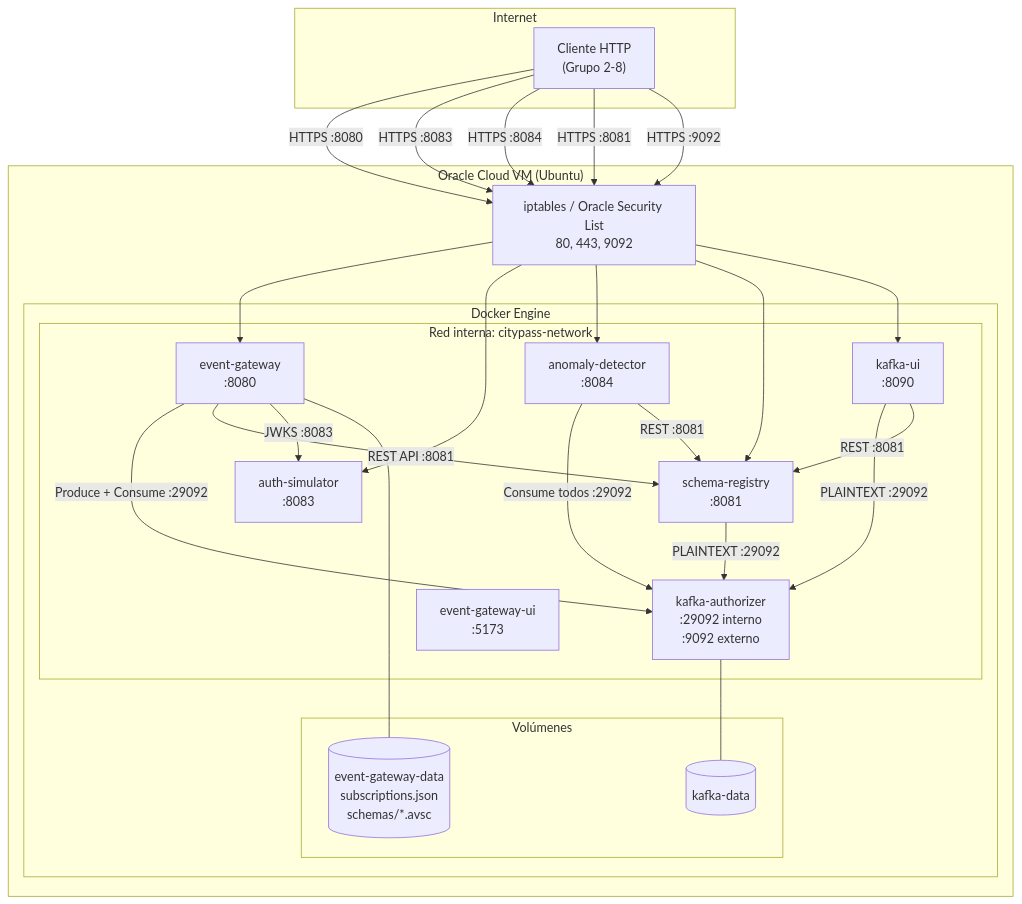
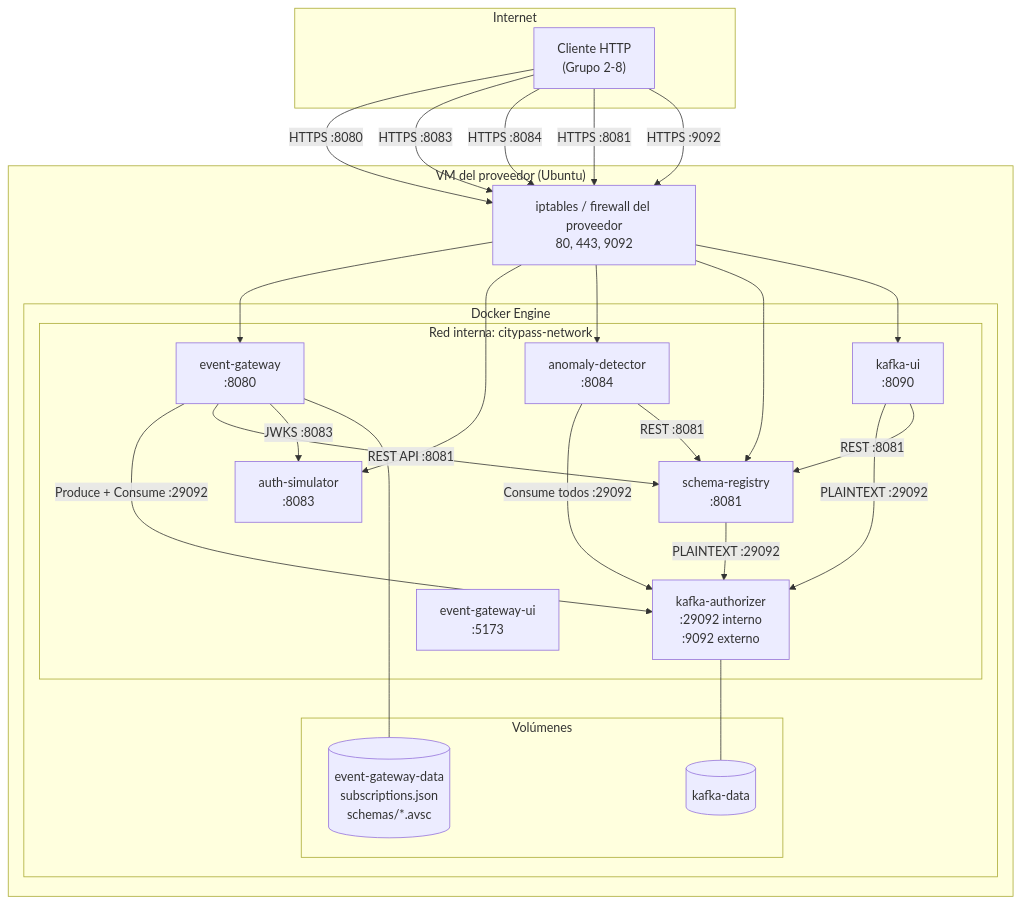
One commit to carlos-illobre/citypass-event-gateway changed the diagram in docs/diagrams/despliegue.md. Above: the diagram before and after it, drawn with Mermaid. The commit also changed other lines of this file and 18 other files, not shown here.

````diff
--- a/docs/diagrams/despliegue.md
+++ b/docs/diagrams/despliegue.md
@@ -5,55 +5,55 @@
 ```mermaid
 graph TB
     subgraph internet["Internet"]
         cliente["Cliente HTTP<br/>(Grupo 2-8)"]
     end
 
-    subgraph oracle["Oracle Cloud VM (Ubuntu)"]
+    subgraph vm["VM del proveedor (Ubuntu)"]
         subgraph docker["Docker Engine"]
             subgraph red["Red interna: citypass-network"]
                 kafka["kafka-authorizer<br/>:29092 interno<br/>:9092 externo"]
                 schema_registry["schema-registry<br/>:8081"]
                 auth_simulator["auth-simulator<br/>:8083"]
                 event_gateway["event-gateway<br/>:8080"]
                 event_gateway_ui["event-gateway-ui<br/>:5173"]
                 anomaly_detector["anomaly-detector<br/>:8084"]
                 kafka_ui["kafka-ui<br/>:8090"]
             end
 
             subgraph volumes["Volúmenes"]
                 kafka_data[("kafka-data")]
                 proxy_data[("event-gateway-data<br/>subscriptions.json<br/>schemas/*.avsc")]
             end
         end
 
-        firewall["iptables / Oracle Security List<br/>80, 443, 9092"]
+        firewall["iptables / firewall del proveedor<br/>80, 443, 9092"]
     end
 
     cliente -->|"HTTPS :8080"| firewall
     cliente -->|"HTTPS :8083"| firewall
     cliente -->|"HTTPS :8084"| firewall
     cliente -->|"HTTPS :8081"| firewall
     cliente -->|"HTTPS :9092"| firewall
 
     firewall --> event_gateway
     firewall --> auth_simulator
     firewall --> anomaly_detector
     firewall --> schema_registry
     firewall --> kafka_ui
 
     event_gateway -->|"Produce + Consume :29092"| kafka
     event_gateway -->|"REST API :8081"| schema_registry
     event_gateway -->|"JWKS :8083"| auth_simulator
     event_gateway --- proxy_data
 
     anomaly_detector -->|"Consume todos :29092"| kafka
     anomaly_detector -->|"REST :8081"| schema_registry
 
     schema_registry -->|"PLAINTEXT :29092"| kafka
 
     kafka_ui -->|"PLAINTEXT :29092"| kafka
     kafka_ui -->|"REST :8081"| schema_registry
 
 
     kafka --- kafka_data
 ```
````
